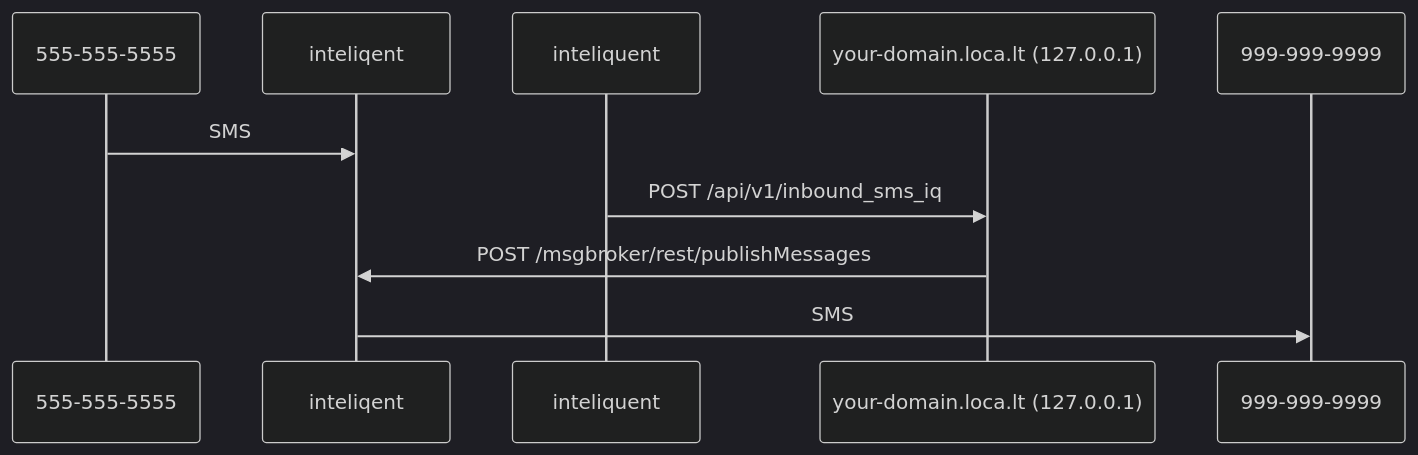
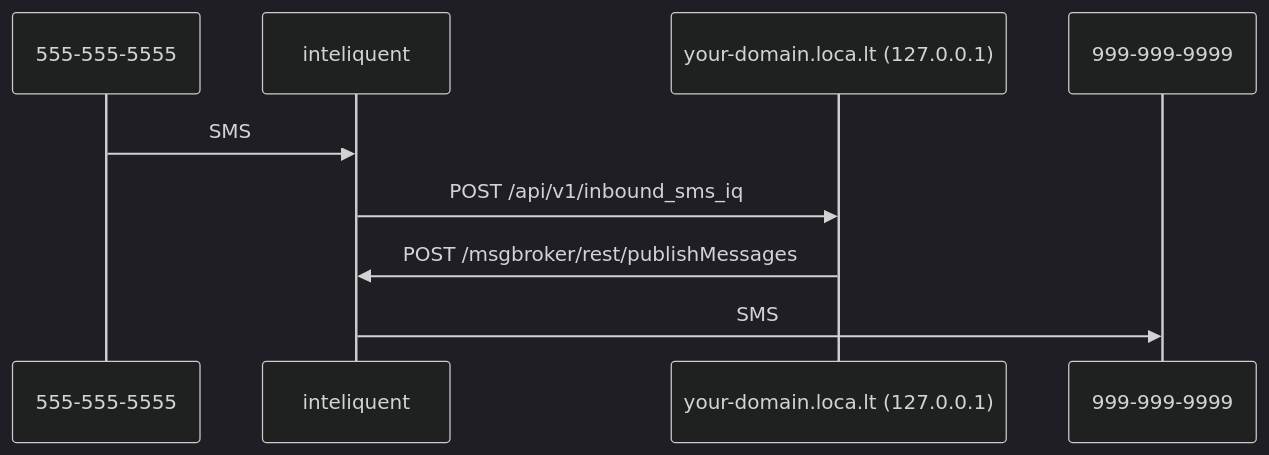
Before and after one commit to mozilla/fx-private-relay: the diagram in docs/end-to-end-local-phone-dev-iq.md, drawn with Mermaid (dark theme).

Commit message:
Fix "inteliqent" typo

````diff
--- a/docs/end-to-end-local-phone-dev-iq.md
+++ b/docs/end-to-end-local-phone-dev-iq.md
@@ -6,9 +6,9 @@
 ```mermaid
 sequenceDiagram
 
-    555-555-5555->>inteliqent: SMS
+    555-555-5555->>inteliquent: SMS
     inteliquent->>your-domain.loca.lt (127.0.0.1): POST /api/v1/inbound_sms_iq
-    your-domain.loca.lt (127.0.0.1)->>inteliqent: POST /msgbroker/rest/publishMessages
-    inteliqent->>999-999-9999: SMS
+    your-domain.loca.lt (127.0.0.1)->>inteliquent: POST /msgbroker/rest/publishMessages
+    inteliquent->>999-999-9999: SMS
 
 ```
````
